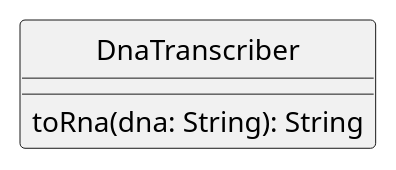
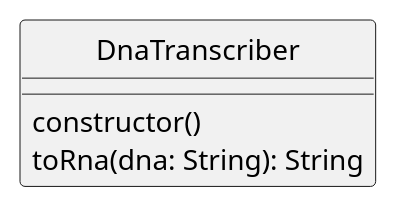
The diagram in challenges/ecma/algorithms/assets/dna-transcriber.pu (ifpb/javascript-exercises), drawn with PlantUML before and after one commit. The commit also changed 9 other files, not shown here.

```diff
--- a/challenges/ecma/algorithms/assets/dna-transcriber.pu
+++ b/challenges/ecma/algorithms/assets/dna-transcriber.pu
@@ -1,9 +1,10 @@
 @startuml
 skinparam classAttributeIconSize 0
 skinparam monochrome true
 hide circle
 
 class DnaTranscriber {
+  constructor()
   toRna(dna: String): String
 }
 @enduml
```
